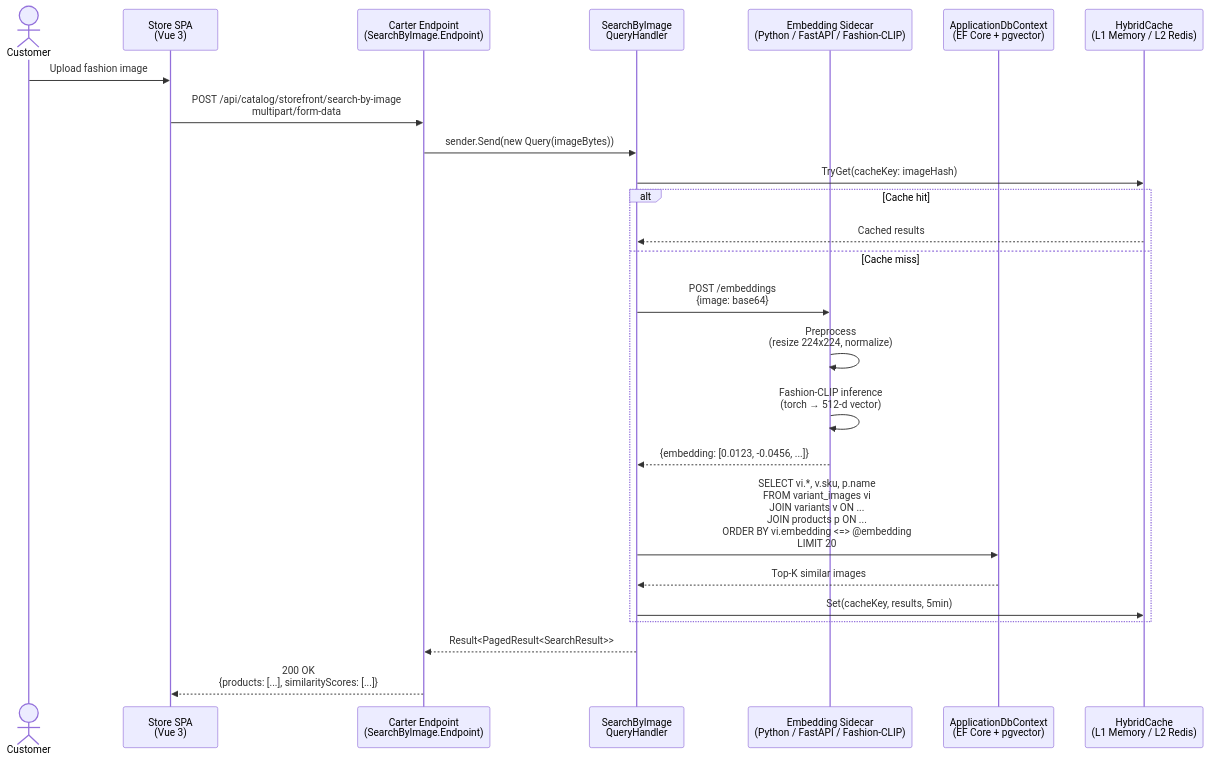
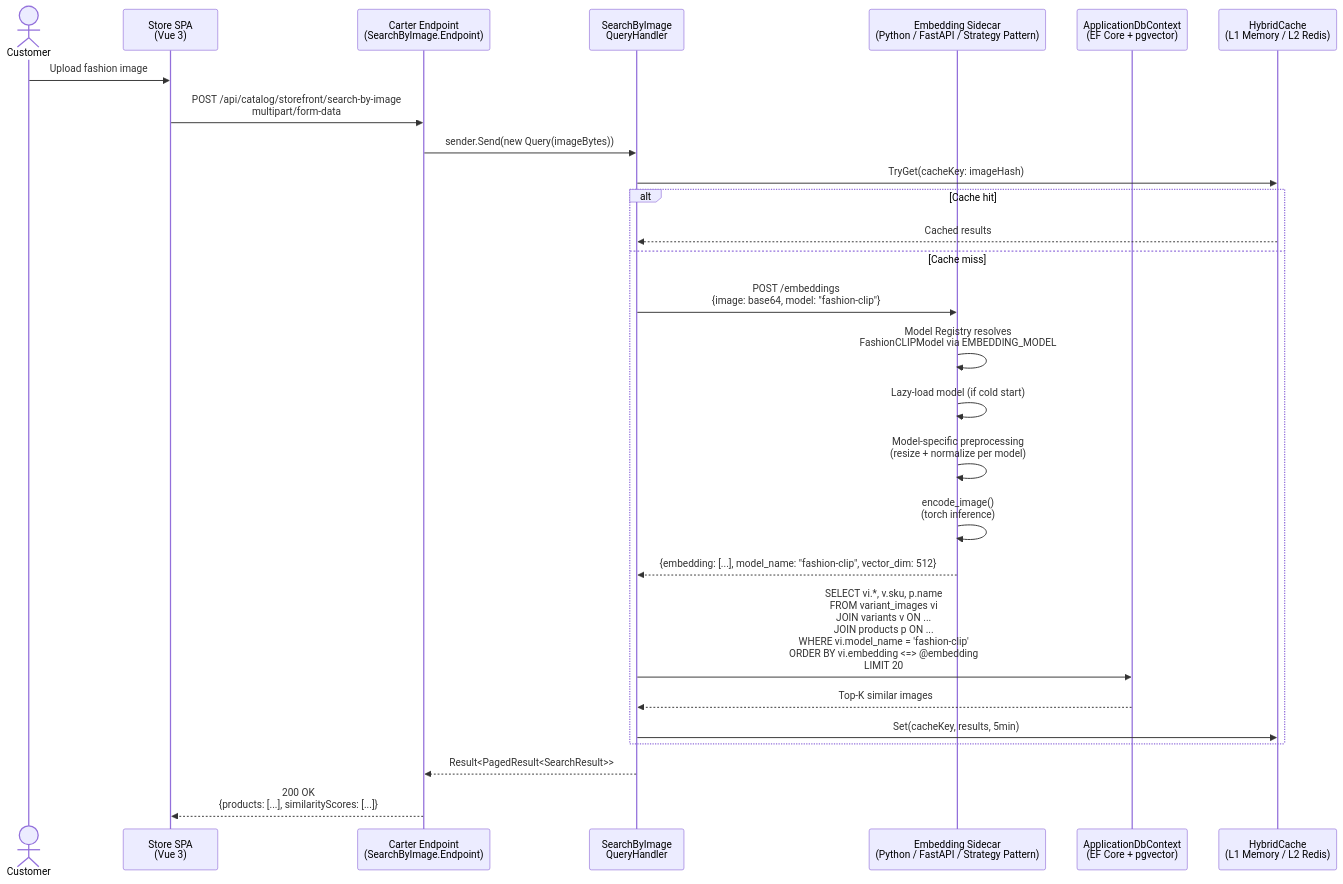
One commit to qingfa-dev/ReSys.Shop changed the diagram in docs/thesis/diagrams/sequence-image-search.mmd. Above: the diagram before and after it, drawn with Mermaid. The commit also changed other lines of this file and 26 other files, not shown here.

First line of the commit message:
feat(ml-sidecar): implement pluggable embedding model architecture with Strategy pattern

````diff
--- a/docs/thesis/diagrams/sequence-image-search.mmd
+++ b/docs/thesis/diagrams/sequence-image-search.mmd
@@ -1,35 +1,38 @@
 ```mermaid
-%% Sequence Diagram: Search by Image (CBIR)
+%% Sequence Diagram: Search by Image (CBIR — Model-Agnostic)
 %% Based on Chapter 7 — Detailed Design
 
 sequenceDiagram
     actor Customer
     participant StoreSPA as Store SPA<br/>(Vue 3)
     participant Carter as Carter Endpoint<br/>(SearchByImage.Endpoint)
     participant Handler as SearchByImage<br/>QueryHandler
-    participant Embedding as Embedding Sidecar<br/>(Python / FastAPI / Fashion-CLIP)
+    participant Embedding as Embedding Sidecar<br/>(Python / FastAPI / Strategy Pattern)
     participant Db as ApplicationDbContext<br/>(EF Core + pgvector)
     participant Cache as HybridCache<br/>(L1 Memory / L2 Redis)
 
     Customer->>StoreSPA: Upload fashion image
     StoreSPA->>Carter: POST /api/catalog/storefront/search-by-image<br/>multipart/form-data
     Carter->>Handler: sender.Send(new Query(imageBytes))
 
     Handler->>Cache: TryGet(cacheKey: imageHash)
     alt Cache hit
         Cache-->>Handler: Cached results
     else Cache miss
-        Handler->>Embedding: POST /embeddings<br/>{image: base64}
-        Embedding->>Embedding: Preprocess<br/>(resize 224x224, normalize)
-        Embedding->>Embedding: Fashion-CLIP inference<br/>(torch → 512-d vector)
-        Embedding-->>Handler: {embedding: [0.0123, -0.0456, ...]}
+        Handler->>Embedding: POST /embeddings<br/>{image: base64, model: "fashion-clip"}
 
-        Handler->>Db: SELECT vi.*, v.sku, p.name<br/>FROM variant_images vi<br/>JOIN variants v ON ...<br/>JOIN products p ON ...<br/>ORDER BY vi.embedding <=> @embedding<br/>LIMIT 20
+        Embedding->>Embedding: Model Registry resolves<br/>FashionCLIPModel via EMBEDDING_MODEL
+        Embedding->>Embedding: Lazy-load model (if cold start)
+        Embedding->>Embedding: Model-specific preprocessing<br/>(resize + normalize per model)
+        Embedding->>Embedding: encode_image()<br/>(torch inference)
+        Embedding-->>Handler: {embedding: [...], model_name: "fashion-clip", vector_dim: 512}
+
+        Handler->>Db: SELECT vi.*, v.sku, p.name<br/>FROM variant_images vi<br/>JOIN variants v ON ...<br/>JOIN products p ON ...<br/>WHERE vi.model_name = 'fashion-clip'<br/>ORDER BY vi.embedding <=> @embedding<br/>LIMIT 20
         Db-->>Handler: Top-K similar images
 
         Handler->>Cache: Set(cacheKey, results, 5min)
     end
 
     Handler-->>Carter: Result<PagedResult<SearchResult>>
     Carter-->>StoreSPA: 200 OK<br/>{products: [...], similarityScores: [...]}
 ```
````
